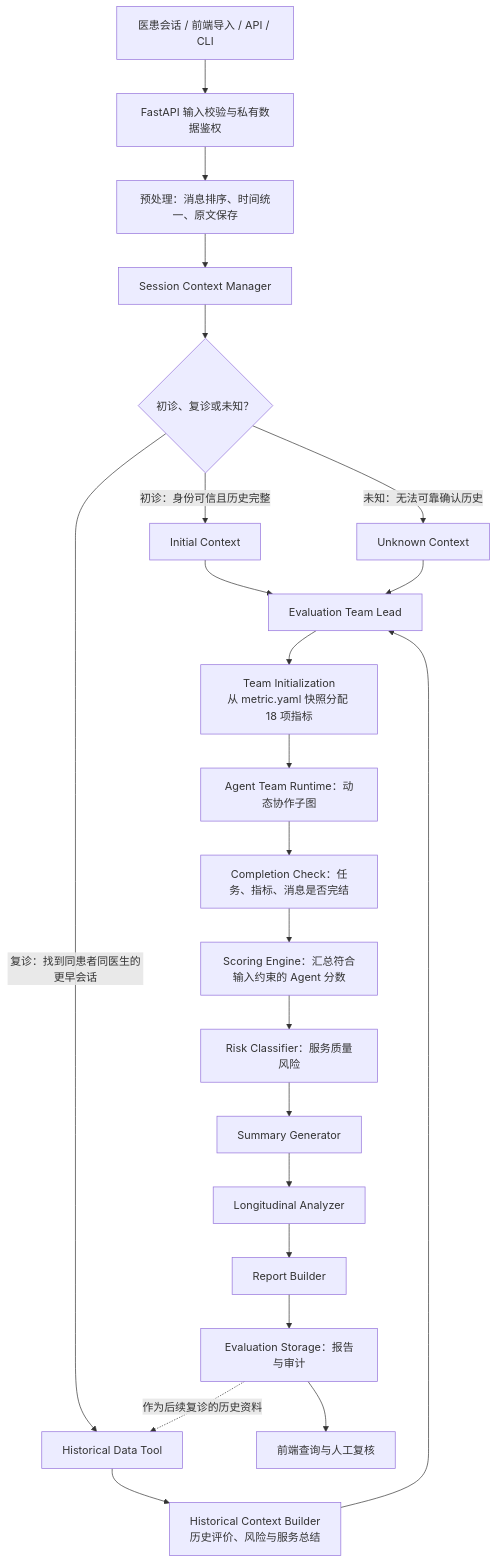
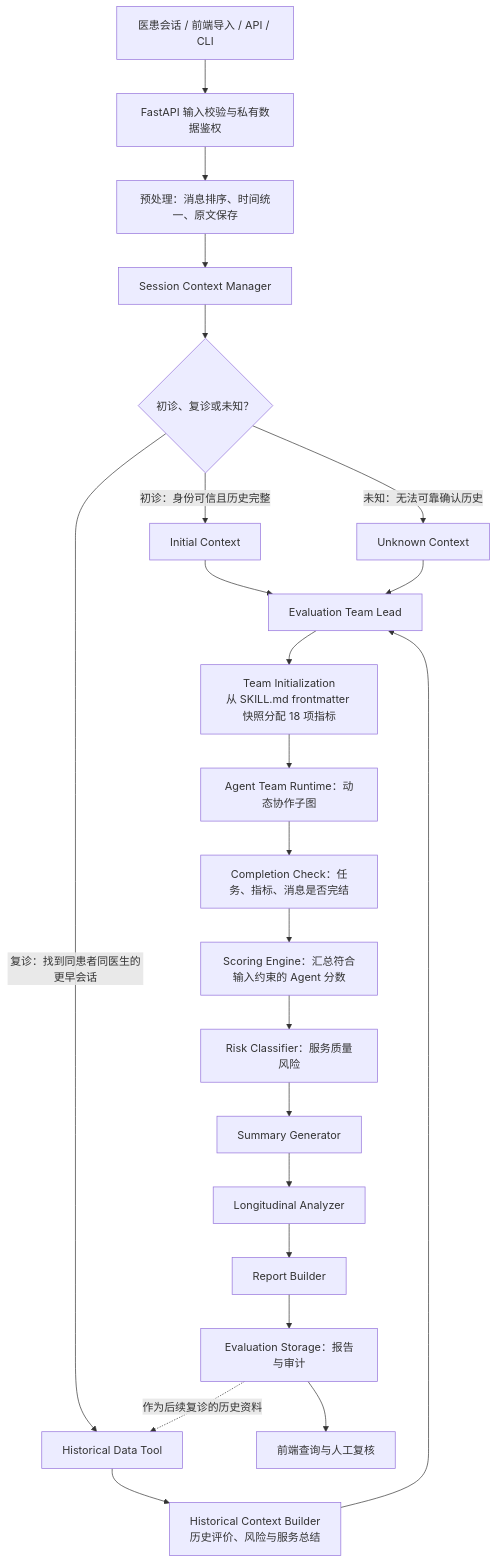
One commit to poxuxuxux/Online-psychological-counseling-platform-doctor-service-quality-monitoring-agent changed the first of 2 diagrams in docs/PROJECT_ARCHITECTURE.md. Above: the diagram before and after it, drawn with Mermaid. The commit also changed other lines of this file and 73 other files, not shown here.

````diff
--- a/docs/PROJECT_ARCHITECTURE.md
+++ b/docs/PROJECT_ARCHITECTURE.md
@@ -7,25 +7,25 @@
 ```mermaid
 flowchart TD
     A[医患会话 / 前端导入 / API / CLI] --> B[FastAPI 输入校验与私有数据鉴权]
     B --> C[预处理：消息排序、时间统一、原文保存]
     C --> D[Session Context Manager]
     D --> E{初诊、复诊或未知？}
     E -->|初诊：身份可信且历史完整| F[Initial Context]
     E -->|复诊：找到同患者同医生的更早会话| G[Historical Data Tool]
     E -->|未知：无法可靠确认历史| H[Unknown Context]
     G --> I[Historical Context Builder<br/>历史评价、风险与服务总结]
     F --> J[Evaluation Team Lead]
     H --> J
     I --> J
-    J --> K[Team Initialization<br/>从 metric.yaml 快照分配 18 项指标]
+    J --> K[Team Initialization<br/>从 SKILL.md frontmatter 快照分配 18 项指标]
     K --> L[Agent Team Runtime：动态协作子图]
     L --> M[Completion Check：任务、指标、消息是否完结]
     M --> O[Scoring Engine：汇总符合输入约束的 Agent 分数]
     O --> P[Risk Classifier：服务质量风险]
     P --> Q[Summary Generator]
     Q --> R[Longitudinal Analyzer]
     R --> S[Report Builder]
     S --> T[Evaluation Storage：报告与审计]
     T --> U[前端查询与人工复核]
     T -. 作为后续复诊的历史资料 .-> G
 ```
````
